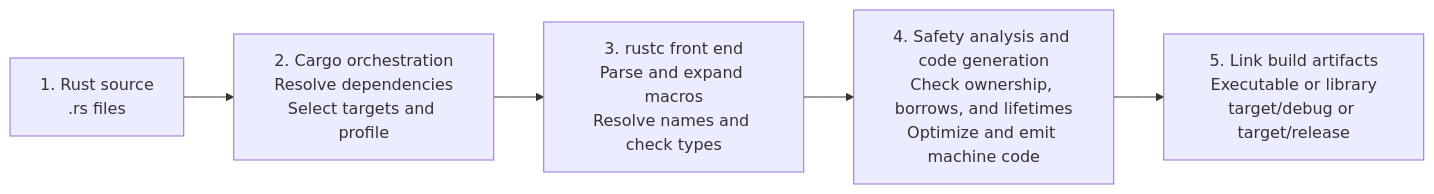
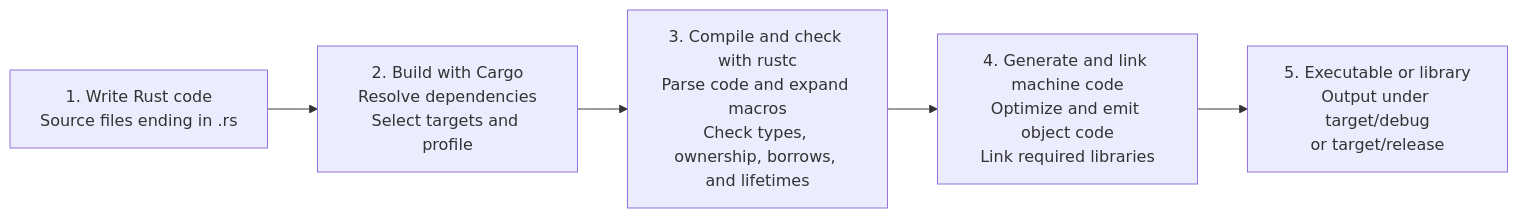
Before and after one commit to afnath-ahamed/Rust: the diagram in Introduction/Overview/README.md, drawn with Mermaid. The commit also changed other lines of this file, not shown here.

Commit message:
Clarify Rust compilation flow

````diff
--- a/Introduction/Overview/README.md
+++ b/Introduction/Overview/README.md
@@ -98,7 +98,7 @@
 ```mermaid
 flowchart LR
-    A["1. Rust source<br/>.rs files"] --> B["2. Cargo orchestration<br/>Resolve dependencies<br/>Select targets and profile"]
-    B --> C["3. rustc front end<br/>Parse and expand macros<br/>Resolve names and check types"]
-    C --> D["4. Safety analysis and code generation<br/>Check ownership, borrows, and lifetimes<br/>Optimize and emit machine code"]
-    D --> E["5. Link build artifacts<br/>Executable or library<br/>target/debug or target/release"]
+    A["1. Write Rust code<br/>Source files ending in .rs"] --> B["2. Build with Cargo<br/>Resolve dependencies<br/>Select targets and profile"]
+    B --> C["3. Compile and check with rustc<br/>Parse code and expand macros<br/>Check types, ownership, borrows, and lifetimes"]
+    C --> D["4. Generate and link machine code<br/>Optimize and emit object code<br/>Link required libraries"]
+    D --> E["5. Executable or library<br/>Output under target/debug<br/>or target/release"]
 ```
````
